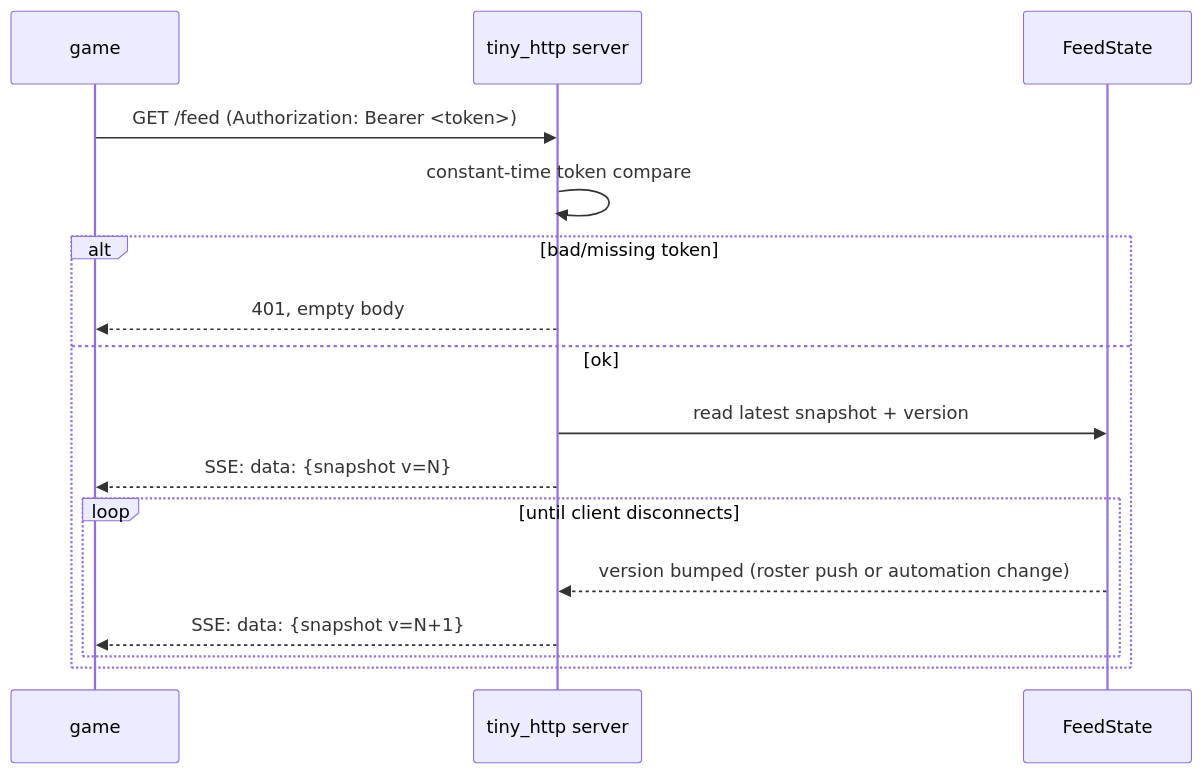
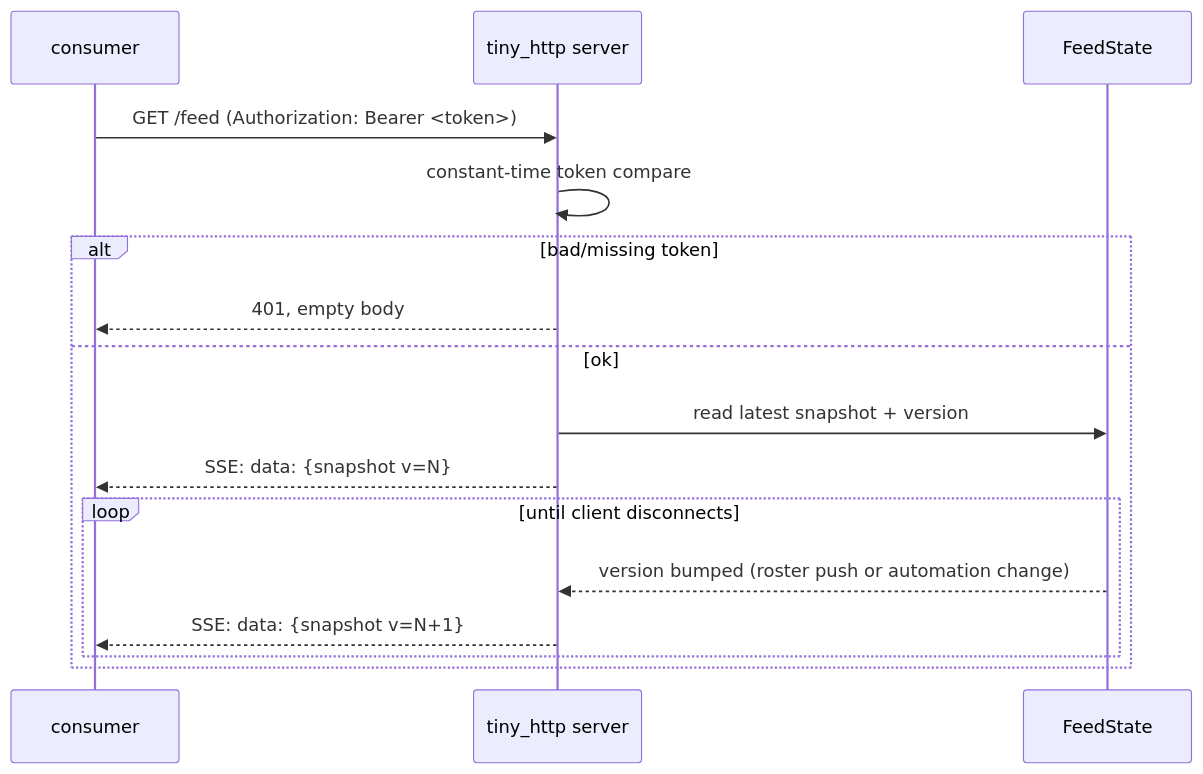
The second of 2 diagrams in docs/plans/2026-07-04-001-feat-agent-state-local-feed-plan.md (eharris128/fly), drawn with Mermaid before and after one commit. The commit also changed other lines of this file and 34 other files, not shown here.

````diff
--- a/docs/plans/2026-07-04-001-feat-agent-state-local-feed-plan.md
+++ b/docs/plans/2026-07-04-001-feat-agent-state-local-feed-plan.md
@@ -159,18 +159,18 @@
 ```mermaid
 sequenceDiagram
-    participant G as game
+    participant G as consumer
     participant S as tiny_http server
     participant F as FeedState
     G->>S: GET /feed  (Authorization: Bearer <token>)
     S->>S: constant-time token compare
     alt bad/missing token
         S-->>G: 401, empty body
     else ok
         S->>F: read latest snapshot + version
         S-->>G: SSE: data: {snapshot v=N}
         loop until client disconnects
             F-->>S: version bumped (roster push or automation change)
             S-->>G: SSE: data: {snapshot v=N+1}
         end
     end
 ```
````
